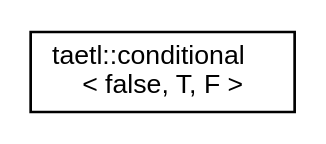
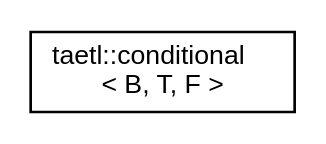
The diagram in inherit_graph_5.dot (tobanteAudio/taetl), drawn with Graphviz before and after one commit. The commit also changed 168 other files, not shown here.

```diff
--- a/inherit_graph_5.dot
+++ b/inherit_graph_5.dot
@@ -1,7 +1,7 @@
 digraph "Graphical Class Hierarchy"
 {
   edge [fontname="Helvetica",fontsize="10",labelfontname="Helvetica",labelfontsize="10"];
   node [fontname="Helvetica",fontsize="10",shape=record];
   rankdir="LR";
-  Node0 [label="taetl::conditional\l\< false, T, F \>",height=0.2,width=0.4,color="black", fillcolor="white", style="filled",URL="$structtaetl_1_1conditional_3_01false_00_01T_00_01F_01_4.html"];
+  Node0 [label="taetl::conditional\l\< B, T, F \>",height=0.2,width=0.4,color="black", fillcolor="white", style="filled",URL="$structtaetl_1_1conditional.html",tooltip="Provides member typedef type, which is defined as T if B is true at compile time, or as F if B is fal..."];
 }
```
